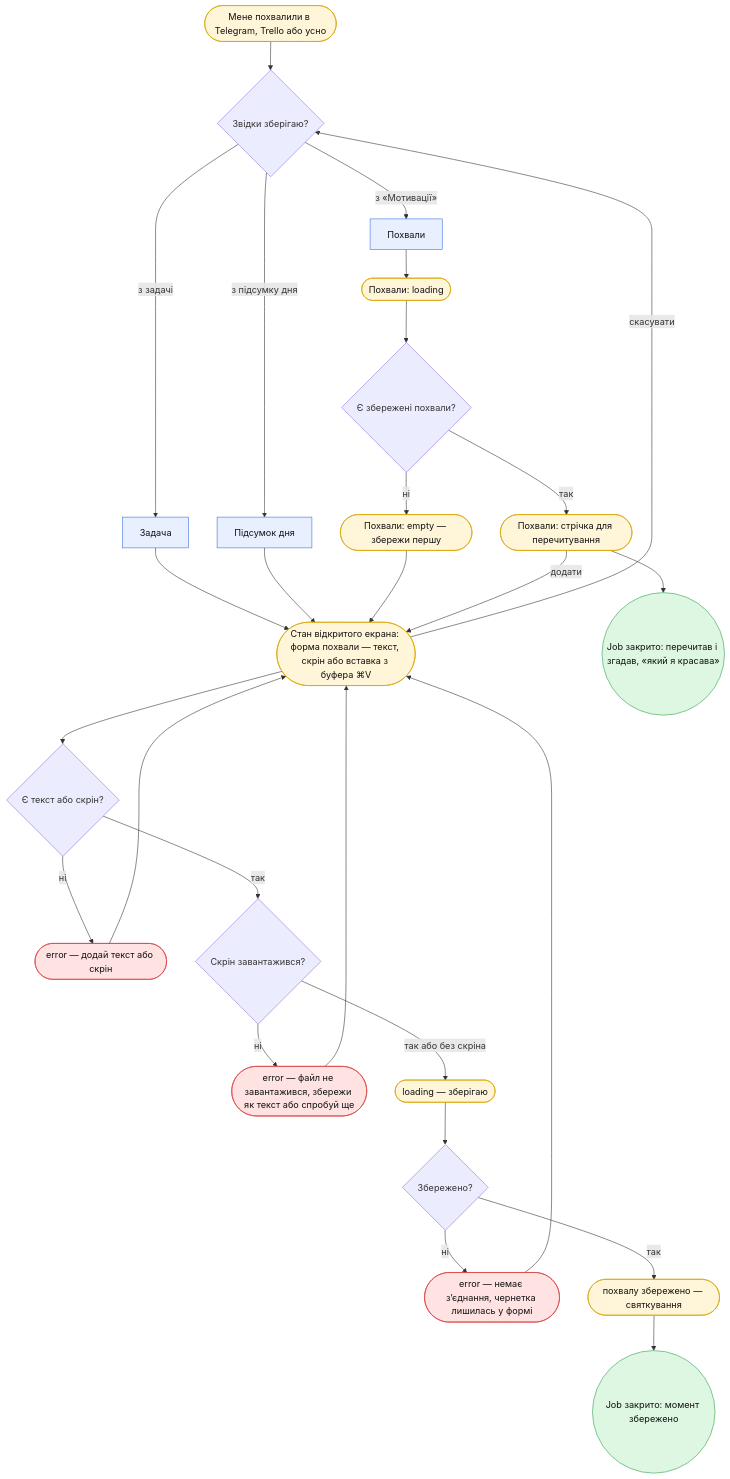
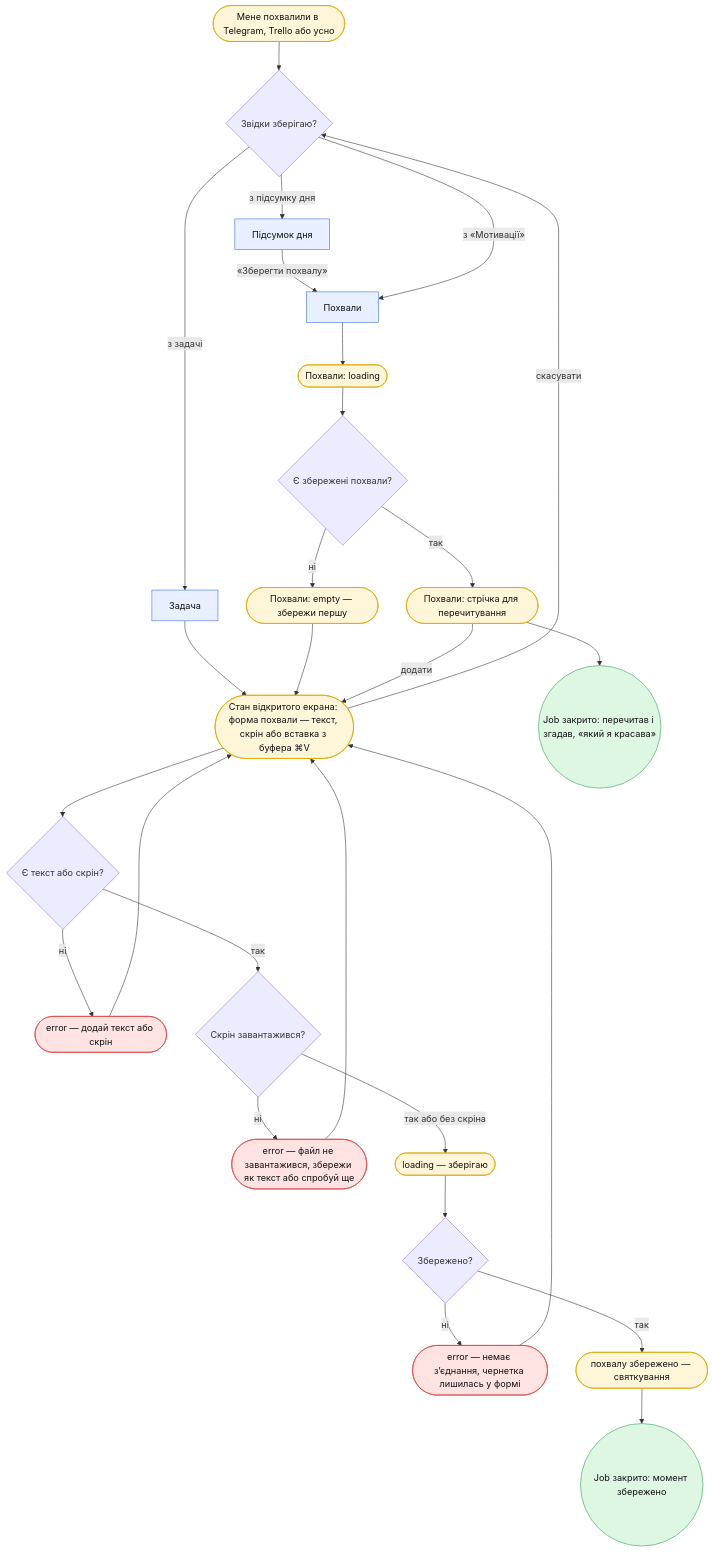
The fifth of 6 diagrams in flows.md (natocheiev/crm-mmmy), drawn with Mermaid before and after one commit. The commit also changed other lines of this file and 52 other files, not shown here.

````diff
--- a/flows.md
+++ b/flows.md
@@ -451,39 +451,39 @@
 ```mermaid
 flowchart TD
     START(["Мене похвалили в Telegram, Trello або усно"]) --> Q_WHERE{"Звідки зберігаю?"}
     Q_WHERE -->|з задачі| TASK["Задача"]
     Q_WHERE -->|з підсумку дня| DAY["Підсумок дня"]
+    DAY -->|«Зберегти похвалу»| PRAISE
     Q_WHERE -->|з «Мотивації»| PRAISE["Похвали"]
     TASK --> FORM(["Стан відкритого екрана: форма похвали — текст, скрін або вставка з буфера ⌘V"])
-    DAY --> FORM
     PRAISE --> PRAISE_LOADING(["Похвали: loading"])
     PRAISE_LOADING --> Q_HAS{"Є збережені похвали?"}
     Q_HAS -->|ні| PRAISE_EMPTY(["Похвали: empty — збережи першу"])
     PRAISE_EMPTY --> FORM
     Q_HAS -->|так| PRAISE_LIST(["Похвали: стрічка для перечитування"])
     PRAISE_LIST --> OK_READ(("Job закрито: перечитав і згадав, «який я красава»"))
     PRAISE_LIST -->|додати| FORM
 
     FORM -->|скасувати| Q_WHERE
     FORM --> Q_INPUT{"Є текст або скрін?"}
     Q_INPUT -->|ні| FORM_ERR(["error — додай текст або скрін"])
     FORM_ERR --> FORM
     Q_INPUT -->|так| Q_FILE{"Скрін завантажився?"}
     Q_FILE -->|ні| FILE_ERR(["error — файл не завантажився, збережи як текст або спробуй ще"])
     FILE_ERR --> FORM
     Q_FILE -->|так або без скріна| SAVING(["loading — зберігаю"])
     SAVING --> Q_SAVED{"Збережено?"}
     Q_SAVED -->|ні| SAVE_ERR(["error — немає зʼєднання, чернетка лишилась у формі"])
     SAVE_ERR --> FORM
     Q_SAVED -->|так| SAVED(["похвалу збережено — святкування"])
     SAVED --> OK(("Job закрито: момент збережено"))
 
     classDef screen fill:#E8F0FF,stroke:#3B6FE0,color:#111
     classDef state fill:#FFF6DA,stroke:#D9A400,color:#111
     classDef err fill:#FFE3E3,stroke:#D94141,color:#111
     classDef ok fill:#DDF7E3,stroke:#2E9E4F,color:#111
     class TASK,DAY,PRAISE screen
     class START,FORM,PRAISE_LOADING,PRAISE_EMPTY,PRAISE_LIST,SAVING,SAVED state
     class FORM_ERR,FILE_ERR,SAVE_ERR err
     class OK,OK_READ ok
 ```
````
